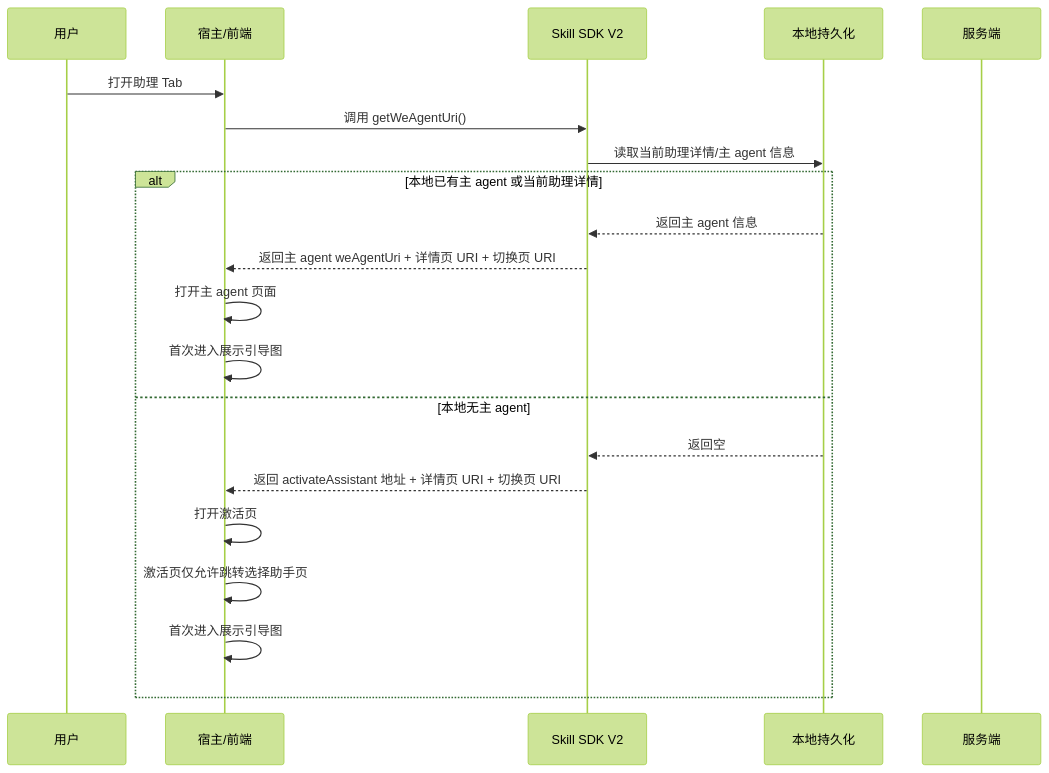
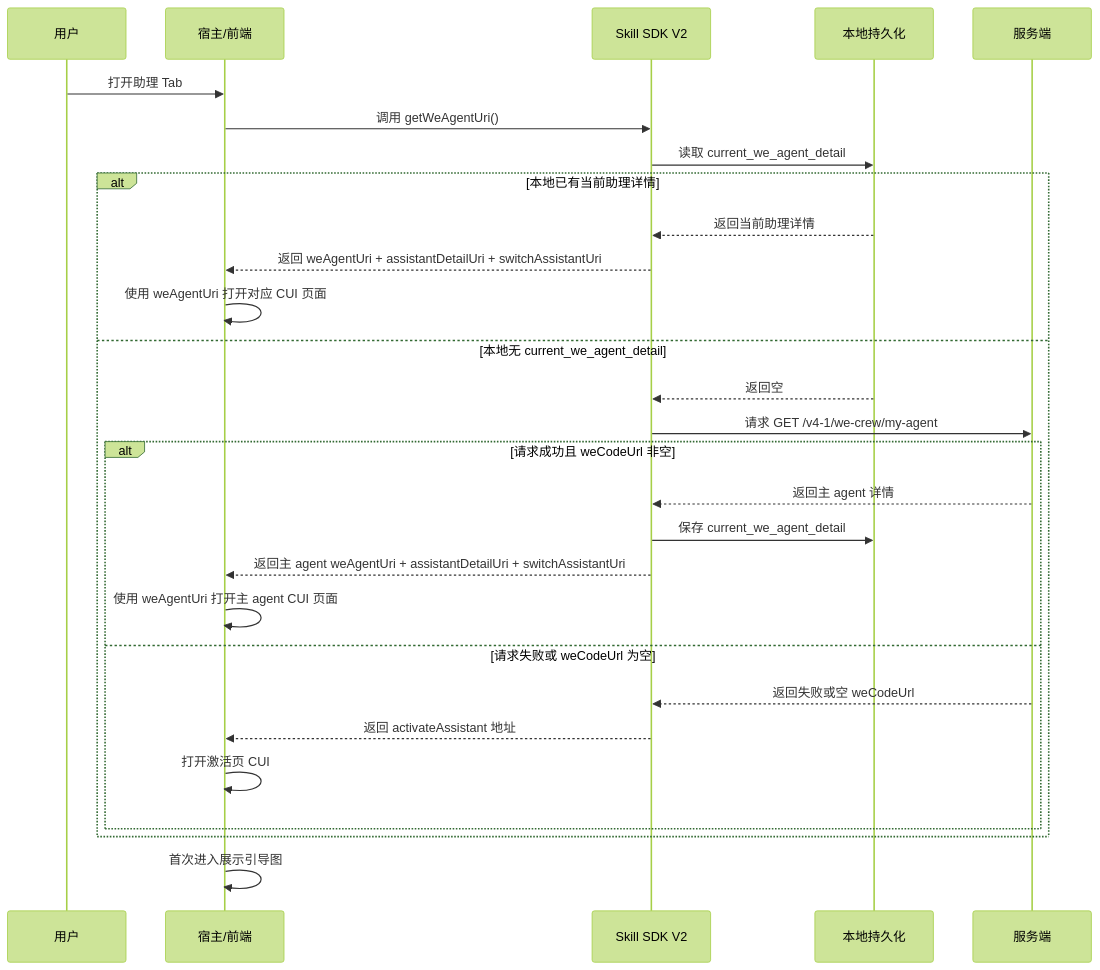
Before and after one commit to Abelsjcheng/skillSDK: the second of 3 diagrams in ai-chat-viewer/docs/plans/2026-05-20-assistant-tab-default-wecode-plan.md, drawn with Mermaid (forest theme). The commit also changed other lines of this file and 1 other file, not shown here.

````diff
--- a/ai-chat-viewer/docs/plans/2026-05-20-assistant-tab-default-wecode-plan.md
+++ b/ai-chat-viewer/docs/plans/2026-05-20-assistant-tab-default-wecode-plan.md
@@ -79,24 +72,31 @@
 ```mermaid
 sequenceDiagram
     participant User as 用户
     participant Host as 宿主/前端
     participant SDK as Skill SDK V2
     participant Storage as 本地持久化
     participant Server as 服务端
 
     User->>Host: 打开助理 Tab
     Host->>SDK: 调用 getWeAgentUri()
-    SDK->>Storage: 读取当前助理详情/主 agent 信息
-    alt 本地已有主 agent 或当前助理详情
-        Storage-->>SDK: 返回主 agent 信息
-        SDK-->>Host: 返回主 agent weAgentUri + 详情页 URI + 切换页 URI
-        Host->>Host: 打开主 agent 页面
-        Host->>Host: 首次进入展示引导图
-    else 本地无主 agent
+    SDK->>Storage: 读取 current_we_agent_detail
+    alt 本地已有当前助理详情
+        Storage-->>SDK: 返回当前助理详情
+        SDK-->>Host: 返回 weAgentUri + assistantDetailUri + switchAssistantUri
+        Host->>Host: 使用 weAgentUri 打开对应 CUI 页面
+    else 本地无 current_we_agent_detail
         Storage-->>SDK: 返回空
-        SDK-->>Host: 返回 activateAssistant 地址 + 详情页 URI + 切换页 URI
-        Host->>Host: 打开激活页
-        Host->>Host: 激活页仅允许跳转选择助手页
-        Host->>Host: 首次进入展示引导图
+        SDK->>Server: 请求 GET /v4-1/we-crew/my-agent
+        alt 请求成功且 weCodeUrl 非空
+            Server-->>SDK: 返回主 agent 详情
+            SDK->>Storage: 保存 current_we_agent_detail
+            SDK-->>Host: 返回主 agent weAgentUri + assistantDetailUri + switchAssistantUri
+            Host->>Host: 使用 weAgentUri 打开主 agent CUI 页面
+        else 请求失败或 weCodeUrl 为空
+            Server-->>SDK: 返回失败或空 weCodeUrl
+            SDK-->>Host: 返回 activateAssistant 地址
+            Host->>Host: 打开激活页 CUI
+        end
     end
+    Host->>Host: 首次进入展示引导图
 ```
````
